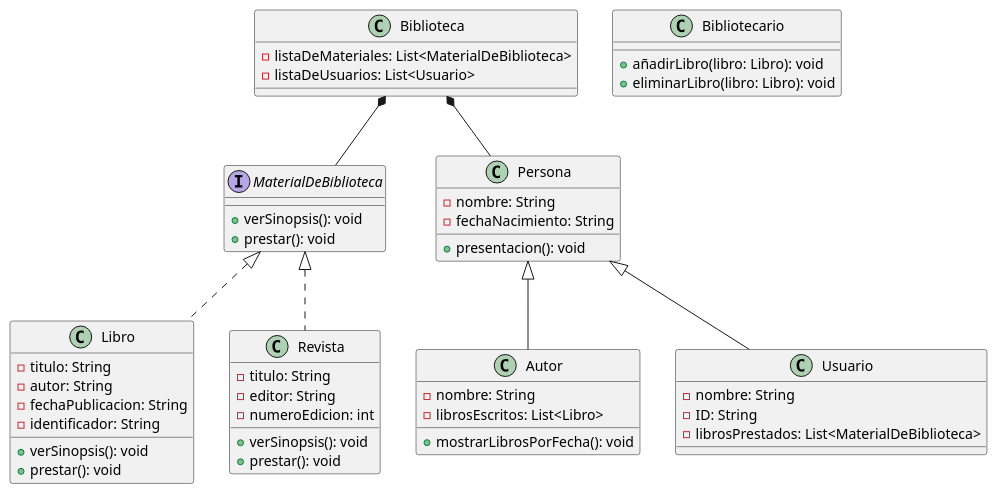
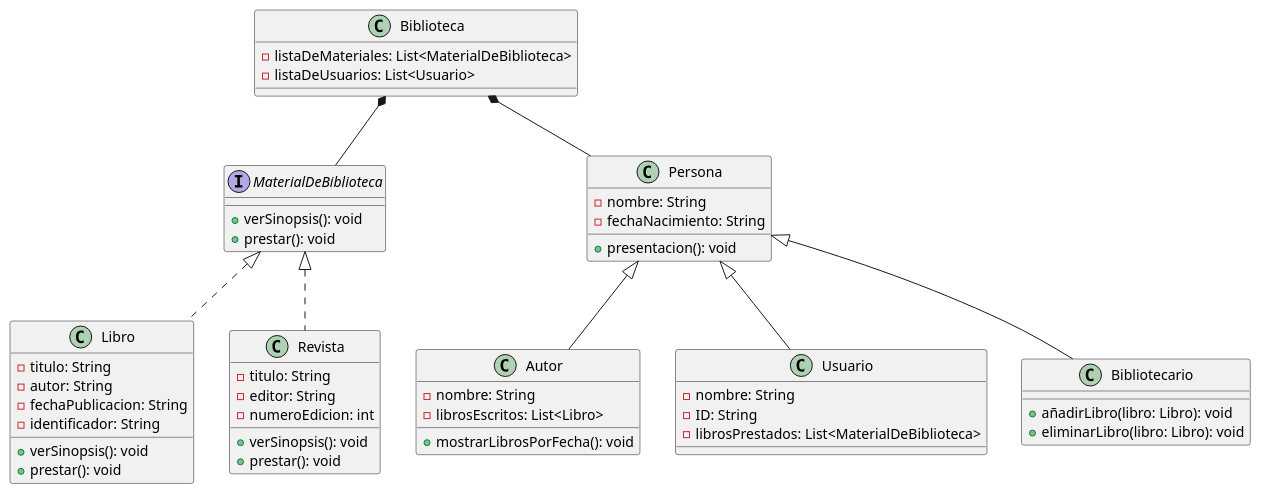
The diagram in Diagrama/DiagramaClases.pu (Kelvinbex2/ejercicio3), drawn with PlantUML before and after one commit. The commit also changed 8 other files, not shown here.

```diff
--- a/Diagrama/DiagramaClases.pu
+++ b/Diagrama/DiagramaClases.pu
@@ -1,60 +1,61 @@
 @startuml actor
 
 interface MaterialDeBiblioteca {
     +verSinopsis(): void
     +prestar(): void
 }
 
 class Libro implements MaterialDeBiblioteca {
     - titulo: String
     - autor: String
     - fechaPublicacion: String
     - identificador: String
     +verSinopsis(): void
     +prestar(): void
 }
 
 class Revista implements MaterialDeBiblioteca{
     - titulo: String
     - editor: String
     - numeroEdicion: int
     +verSinopsis(): void
     +prestar(): void
 }
 
 class Persona {
     - nombre: String
     - fechaNacimiento: String
     +presentacion(): void
 }
 
 class Autor {
     - nombre: String
     - librosEscritos: List<Libro>
     +mostrarLibrosPorFecha(): void
 }
 
 class Usuario {
     - nombre: String
     - ID: String
     - librosPrestados: List<MaterialDeBiblioteca>
 }
 
 class Bibliotecario {
     +añadirLibro(libro: Libro): void
     +eliminarLibro(libro: Libro): void
 }
 
 class Biblioteca {
     - listaDeMateriales: List<MaterialDeBiblioteca>
     - listaDeUsuarios: List<Usuario>
 }
 
 
 Persona <|-- Usuario
 Persona <|-- Autor
+Persona <|--Bibliotecario
 
 Biblioteca *--  MaterialDeBiblioteca
 Biblioteca *--  Persona
 
 @enduml
```
